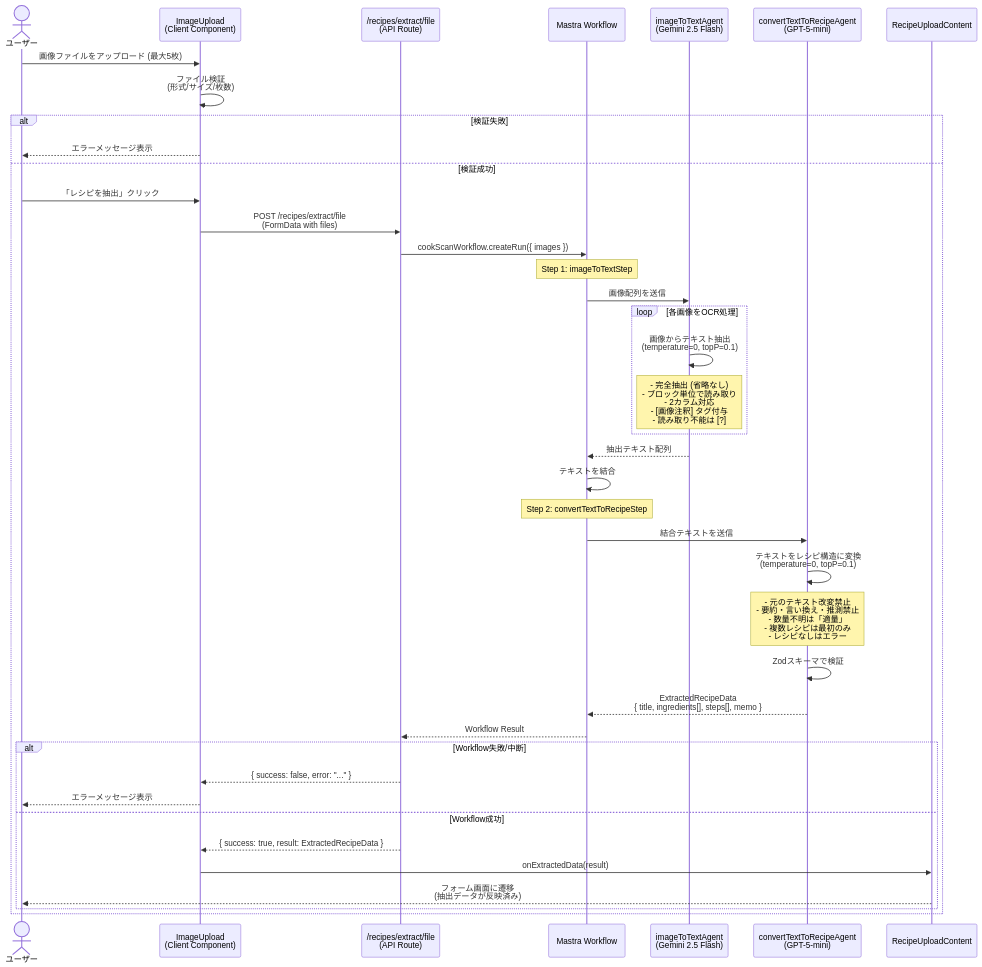
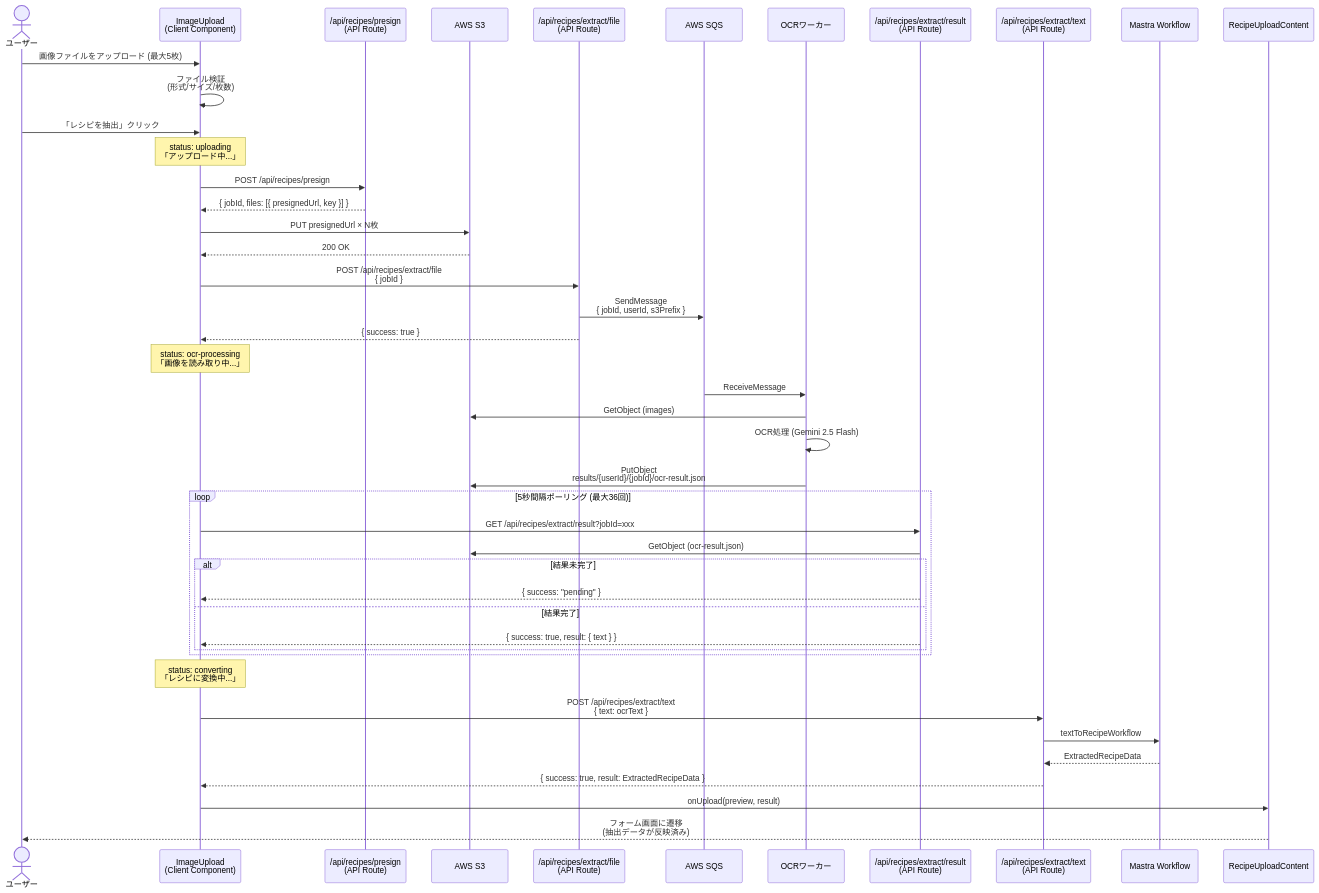
Before and after one commit to RyotaAbe1014/CookScan: the first of 2 diagrams in cook-scan/docs/usecase/ocr-extraction.md, drawn with Mermaid. The commit also changed other lines of this file and 1 other file, not shown here.

````diff
--- a/cook-scan/docs/usecase/ocr-extraction.md
+++ b/cook-scan/docs/usecase/ocr-extraction.md
@@ -133,53 +146,57 @@
 ```mermaid
 sequenceDiagram
     actor User as ユーザー
     participant IU as ImageUpload<br/>(Client Component)
-    participant API as /recipes/extract/file<br/>(API Route)
+    participant Presign as /api/recipes/presign<br/>(API Route)
+    participant S3 as AWS S3
+    participant Enqueue as /api/recipes/extract/file<br/>(API Route)
+    participant SQS as AWS SQS
+    participant Worker as OCRワーカー
+    participant Poll as /api/recipes/extract/result<br/>(API Route)
+    participant Text as /api/recipes/extract/text<br/>(API Route)
     participant MW as Mastra Workflow
-    participant OCR as imageToTextAgent<br/>(Gemini 2.5 Flash)
-    participant CVT as convertTextToRecipeAgent<br/>(GPT-5-mini)
     participant UC as RecipeUploadContent
 
     User->>IU: 画像ファイルをアップロード (最大5枚)
     IU->>IU: ファイル検証<br/>(形式/サイズ/枚数)
 
-    alt 検証失敗
-        IU-->>User: エラーメッセージ表示
-    else 検証成功
-        User->>IU: 「レシピを抽出」クリック
-        IU->>API: POST /recipes/extract/file<br/>(FormData with files)
+    User->>IU: 「レシピを抽出」クリック
+    Note over IU: status: uploading<br/>「アップロード中...」
 
-        API->>MW: cookScanWorkflow.createRun({ images })
+    IU->>Presign: POST /api/recipes/presign
+    Presign-->>IU: { jobId, files: [{ presignedUrl, key }] }
 
-        Note over MW: Step 1: imageToTextStep
-        MW->>OCR: 画像配列を送信
+    IU->>S3: PUT presignedUrl × N枚
+    S3-->>IU: 200 OK
 
-        loop 各画像をOCR処理
-            OCR->>OCR: 画像からテキスト抽出<br/>(temperature=0, topP=0.1)
-            Note over OCR: - 完全抽出 (省略なし)<br/>- ブロック単位で読み取り<br/>- 2カラム対応<br/>- [画像注釈] タグ付与<br/>- 読み取り不能は [?]
-        end
+    IU->>Enqueue: POST /api/recipes/extract/file<br/>{ jobId }
+    Enqueue->>SQS: SendMessage<br/>{ jobId, userId, s3Prefix }
+    Enqueue-->>IU: { success: true }
 
-        OCR-->>MW: 抽出テキスト配列
-        MW->>MW: テキストを結合
+    Note over IU: status: ocr-processing<br/>「画像を読み取り中...」
 
-        Note over MW: Step 2: convertTextToRecipeStep
-        MW->>CVT: 結合テキストを送信
+    SQS->>Worker: ReceiveMessage
+    Worker->>S3: GetObject (images)
+    Worker->>Worker: OCR処理 (Gemini 2.5 Flash)
+    Worker->>S3: PutObject<br/>results/{userId}/{jobId}/ocr-result.json
 
-        CVT->>CVT: テキストをレシピ構造に変換<br/>(temperature=0, topP=0.1)
-        Note over CVT: - 元のテキスト改変禁止<br/>- 要約・言い換え・推測禁止<br/>- 数量不明は「適量」<br/>- 複数レシピは最初のみ<br/>- レシピなしはエラー
-
-        CVT->>CVT: Zodスキーマで検証
-        CVT-->>MW: ExtractedRecipeData<br/>{ title, ingredients[], steps[], memo }
-
-        MW-->>API: Workflow Result
-
-        alt Workflow失敗/中断
-            API-->>IU: { success: false, error: "..." }
-            IU-->>User: エラーメッセージ表示
-        else Workflow成功
-            API-->>IU: { success: true, result: ExtractedRecipeData }
-            IU->>UC: onExtractedData(result)
-            UC-->>User: フォーム画面に遷移<br/>(抽出データが反映済み)
+    loop 5秒間隔ポーリング (最大36回)
+        IU->>Poll: GET /api/recipes/extract/result?jobId=xxx
+        Poll->>S3: GetObject (ocr-result.json)
+        alt 結果未完了
+            Poll-->>IU: { success: "pending" }
+        else 結果完了
+            Poll-->>IU: { success: true, result: { text } }
         end
     end
+
+    Note over IU: status: converting<br/>「レシピに変換中...」
+
+    IU->>Text: POST /api/recipes/extract/text<br/>{ text: ocrText }
+    Text->>MW: textToRecipeWorkflow
+    MW-->>Text: ExtractedRecipeData
+    Text-->>IU: { success: true, result: ExtractedRecipeData }
+
+    IU->>UC: onUpload(preview, result)
+    UC-->>User: フォーム画面に遷移<br/>(抽出データが反映済み)
 ```
````
